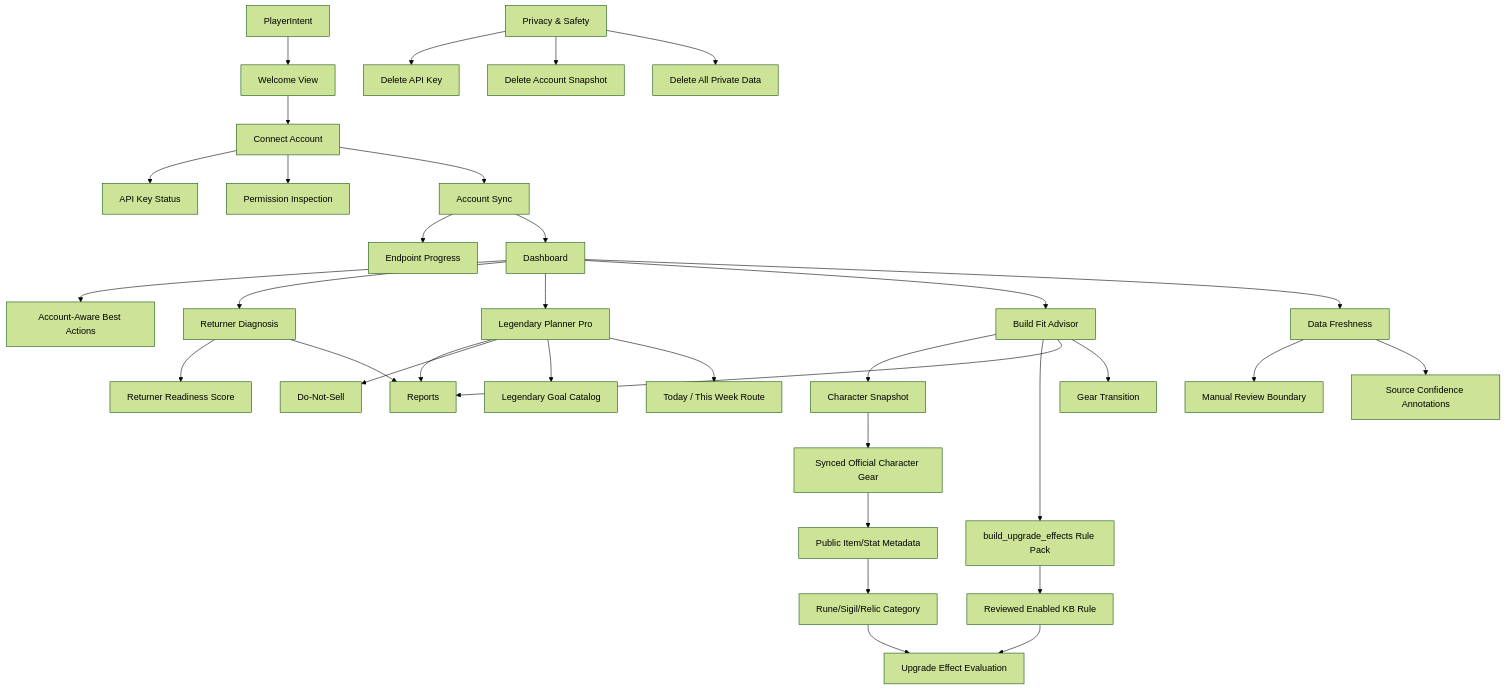
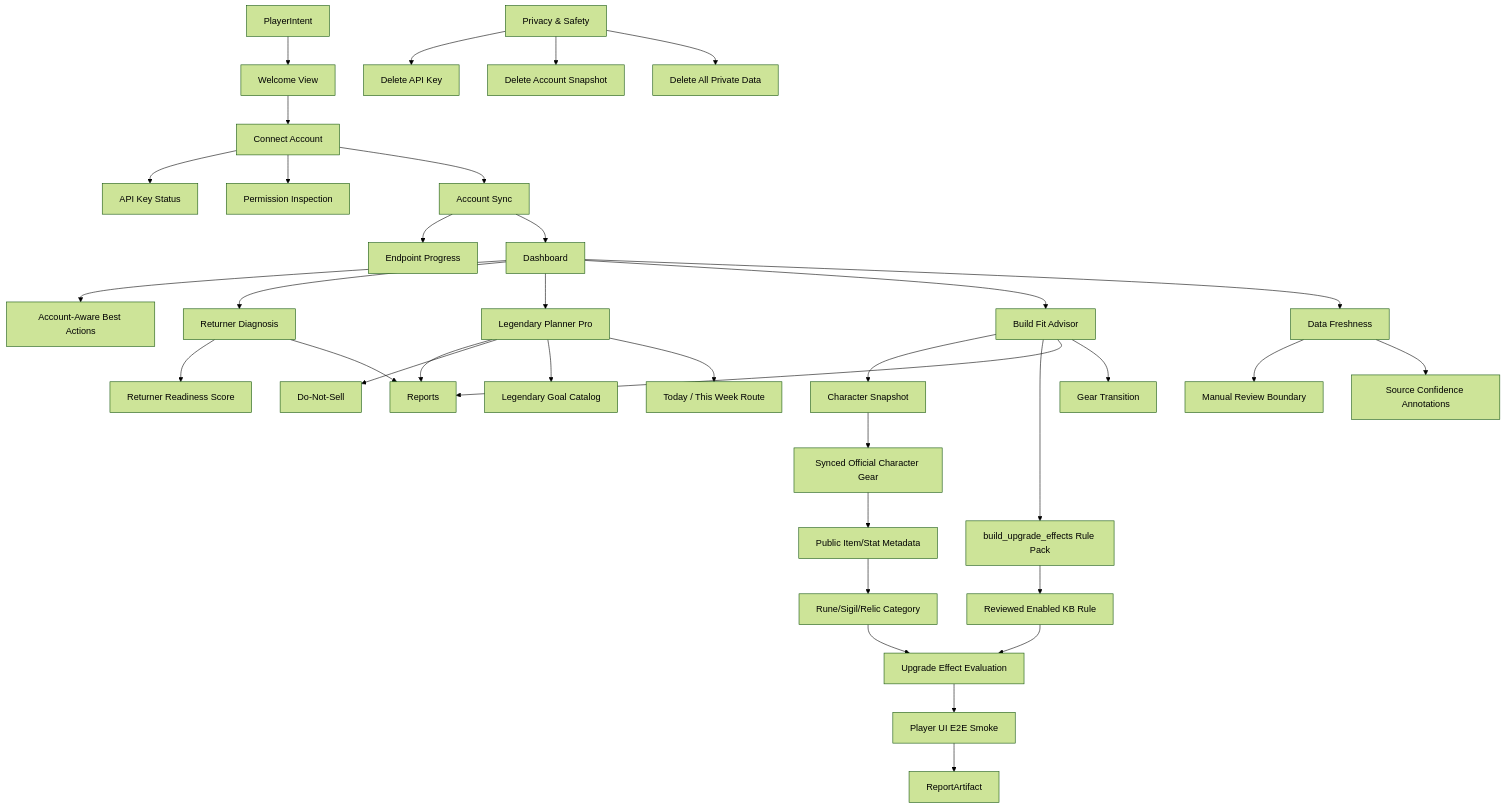
Before and after one commit to johnslee1207-commits/gw2radar: the diagram in docs/ui/PLAYER_UI_SEMANTIC_GRAPH_AUDIT.md, drawn with Mermaid (forest theme). The commit also changed other lines of this file and 4 other files, not shown here.

Commit message:
Add player UI e2e smoke harness

````diff
--- a/docs/ui/PLAYER_UI_SEMANTIC_GRAPH_AUDIT.md
+++ b/docs/ui/PLAYER_UI_SEMANTIC_GRAPH_AUDIT.md
@@ -9,36 +9,38 @@
 ```mermaid
 graph TD
   PlayerIntent["PlayerIntent"] --> Welcome["Welcome View"]
   Welcome --> Connect["Connect Account"]
   Connect --> AccountKey["API Key Status"]
   Connect --> PermissionInspection["Permission Inspection"]
   Connect --> AccountSync["Account Sync"]
   AccountSync --> EndpointProgress["Endpoint Progress"]
   AccountSync --> Dashboard["Dashboard"]
   Dashboard --> BestActions["Account-Aware Best Actions"]
   Dashboard --> Returner["Returner Diagnosis"]
   Returner --> ReturnerReadiness["Returner Readiness Score"]
   Dashboard --> Legendary["Legendary Planner Pro"]
   Dashboard --> BuildFit["Build Fit Advisor"]
   BuildFit --> CharacterSnapshot["Character Snapshot"]
   CharacterSnapshot --> SyncedCharacterGear["Synced Official Character Gear"]
   SyncedCharacterGear --> PublicItemMetadata["Public Item/Stat Metadata"]
   PublicItemMetadata --> GearSemanticCategory["Rune/Sigil/Relic Category"]
   GearSemanticCategory --> UpgradeEffectEvaluation["Upgrade Effect Evaluation"]
   BuildFit --> BuildUpgradeRulePack["build_upgrade_effects Rule Pack"]
   BuildUpgradeRulePack --> KBRule
   KBRule["Reviewed Enabled KB Rule"] --> UpgradeEffectEvaluation
+  UpgradeEffectEvaluation --> PlayerUiE2ESmoke["Player UI E2E Smoke"]
+  PlayerUiE2ESmoke --> ReportArtifact
   Dashboard --> Freshness["Data Freshness"]
   Returner --> ReportCenter["Reports"]
   Legendary --> ReportCenter
   BuildFit --> ReportCenter
   Legendary --> DoNotSell["Do-Not-Sell"]
   Legendary --> LegendaryGoalCatalog["Legendary Goal Catalog"]
   Legendary --> LegendaryWeeklyRoute["Today / This Week Route"]
   BuildFit --> GearTransition["Gear Transition"]
   Freshness --> SafetyBoundary["Manual Review Boundary"]
   Freshness --> SourceConfidence["Source Confidence Annotations"]
   Privacy["Privacy & Safety"] --> DeleteKey["Delete API Key"]
   Privacy --> DeleteSnapshot["Delete Account Snapshot"]
   Privacy --> DeleteAllPrivate["Delete All Private Data"]
 ```
````
